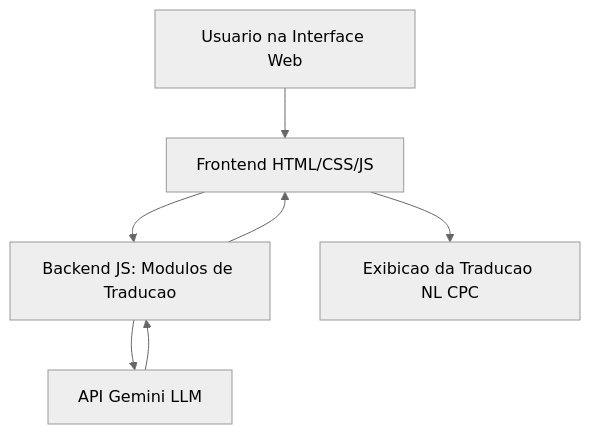
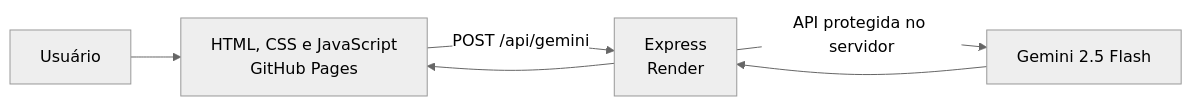
The diagram in README.md (ThurSilveira/veridictum), drawn with Mermaid (neutral theme) before and after one commit. The commit also changed other lines of this file and 13 other files, not shown here.

````diff
--- a/README.md
+++ b/README.md
@@ -15,9 +11,7 @@
 ```mermaid
-graph TD
-    A[Usuario na Interface Web] --> B[Frontend HTML/CSS/JS]
-    B --> C[Backend JS: Modulos de Traducao]
-    C --> D[API Gemini LLM]
-    D --> C
-    C --> B
-    B --> E[Exibicao da Traducao NL CPC]
+flowchart LR
+    U[Usuário] --> F[HTML, CSS e JavaScript\nGitHub Pages]
+    F -->|POST /api/gemini| B[Express\nRender]
+    B -->|API protegida no servidor| G[Gemini 2.5 Flash]
+    G --> B --> F
 ```
````
